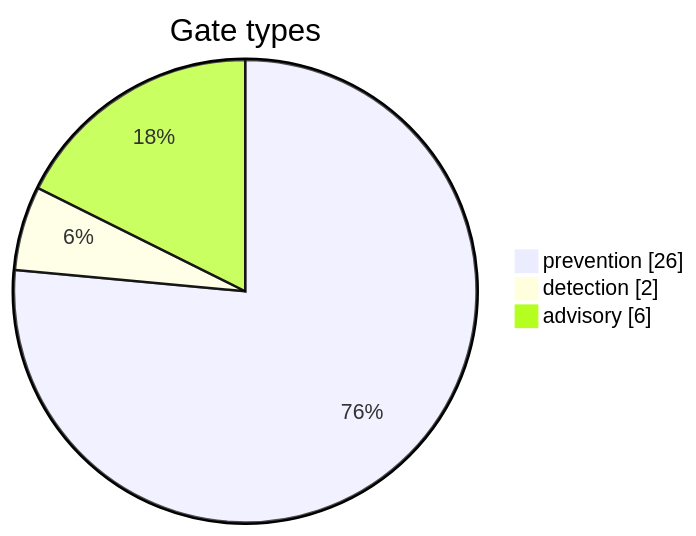
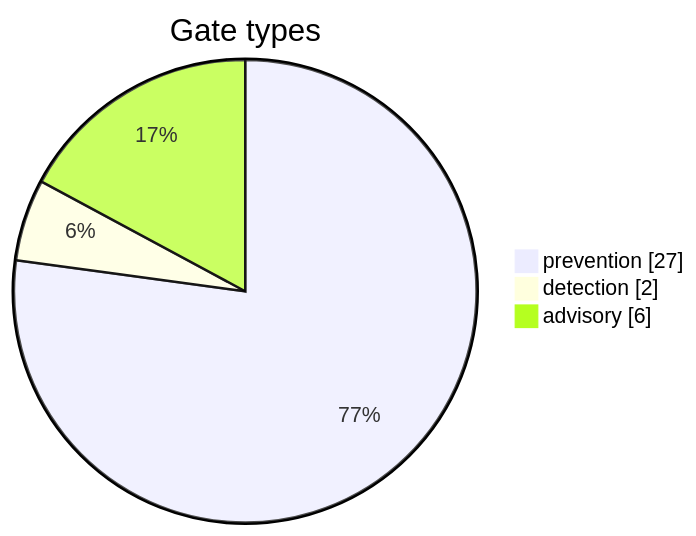
Before and after one commit to Yos-K/gatecrate: the first of 4 diagrams in docs/harness-status.md, drawn with Mermaid. The commit also changed other lines of this file and 1 other file, not shown here.

````diff
--- a/docs/harness-status.md
+++ b/docs/harness-status.md
@@ -22,7 +22,7 @@
 ```mermaid
 pie showData
     title Gate types
-    "prevention" : 26
+    "prevention" : 27
     "detection" : 2
     "advisory" : 6
 ```
````
